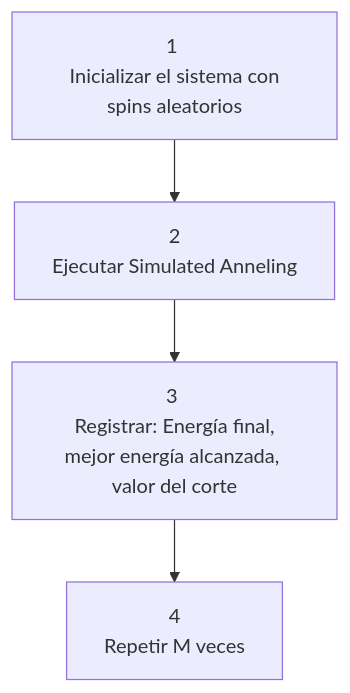
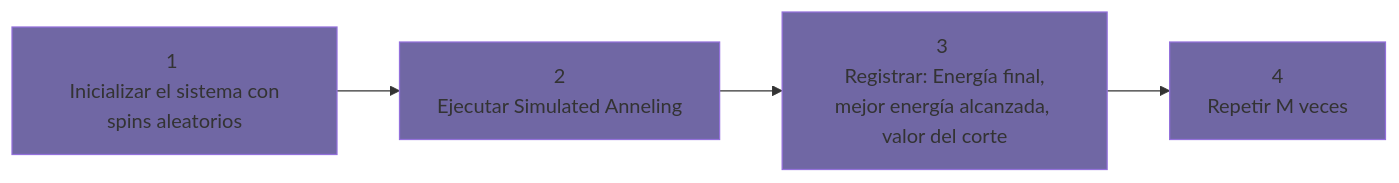
The fourth of 5 diagrams in docs/notes.md (NaTHuber/MaxCut-Ising-Annealing), drawn with Mermaid before and after one commit. The commit also changed other lines of this file, not shown here.

Commit message:
[add]:  I add the code structure diagram in the notes

````diff
--- a/docs/notes.md
+++ b/docs/notes.md
@@ -154,11 +154,16 @@
 ```mermaid 
-    graph TD
+    graph LR
     A[1 <br> Inicializar el sistema con spins aleatorios]
     B[2 <br> Ejecutar Simulated Anneling]
     C[3 <br> Registrar: Energía final, mejor energía alcanzada, valor del corte]
     D[4 <br> Repetir M veces]
     
     A --> B
     B --> C
     C --> D
+
+    style A fill: #7067a4ff
+    style B fill: #7067a4ff
+    style C fill: #7067a4ff
+    style D fill: #7067a4ff
 ```
````
